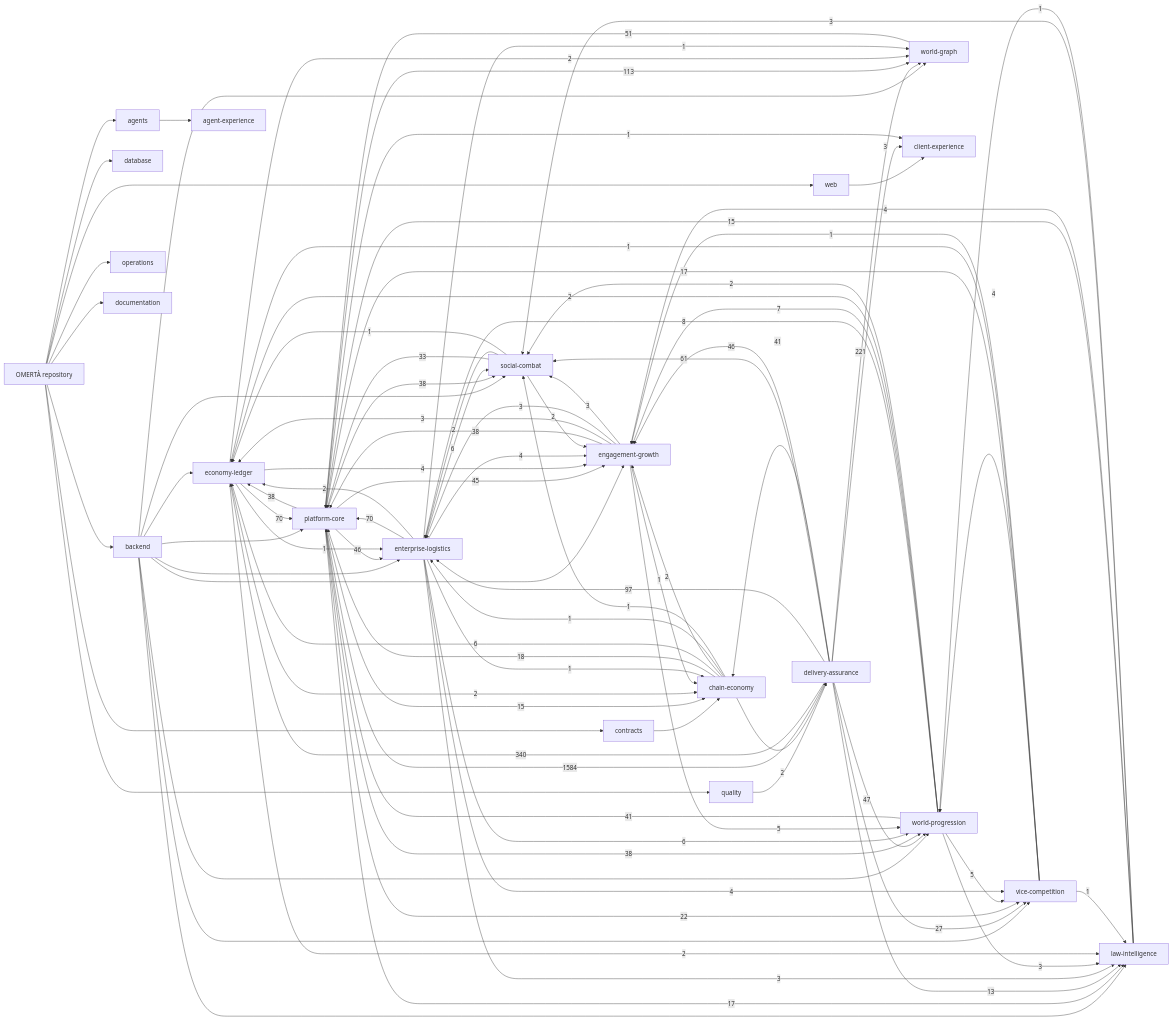
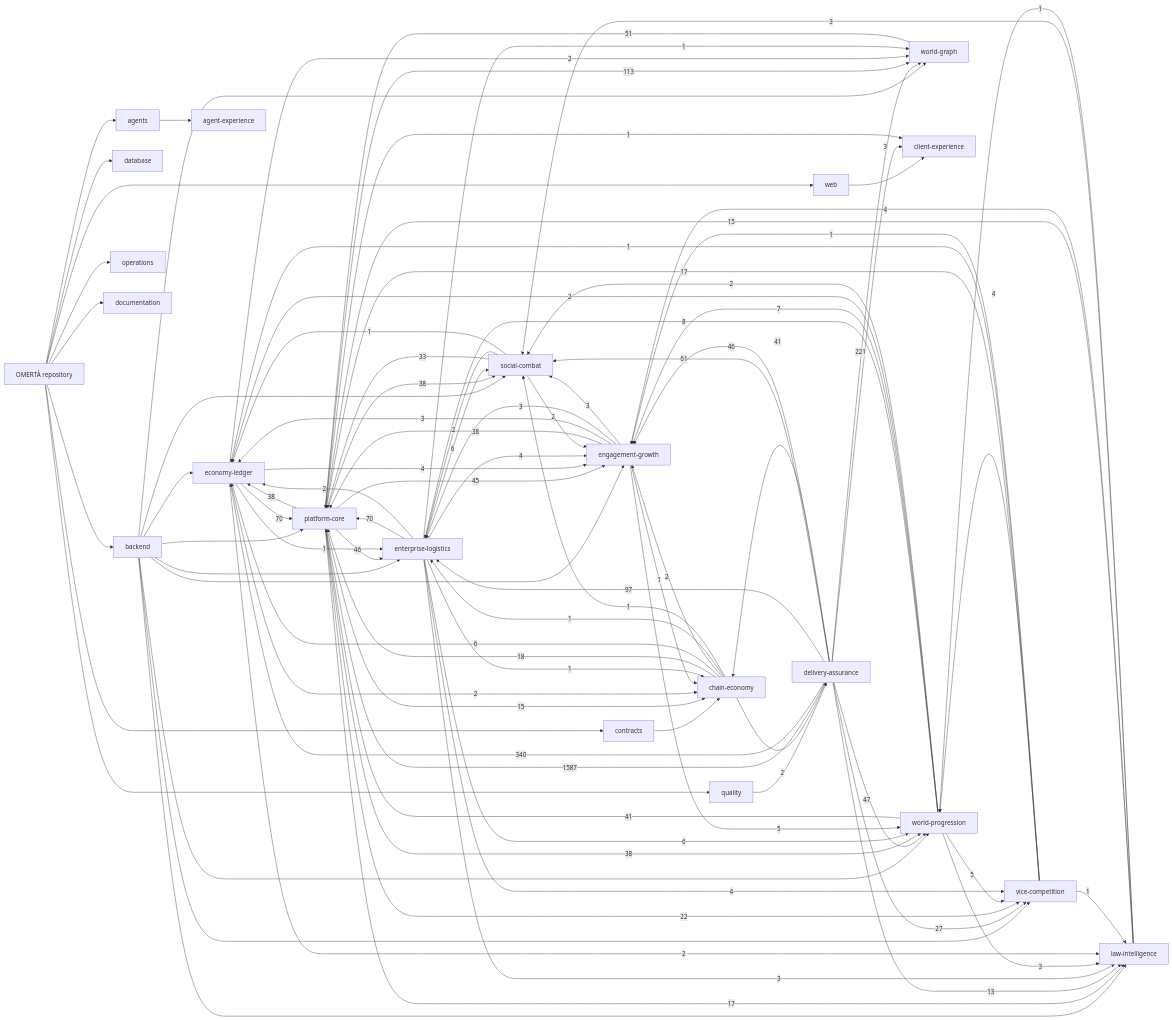
Before and after one commit to OmertaDev/Omerta: the diagram in knowledge/generated/graph.mmd, drawn with Mermaid. The commit also changed 8 other files, not shown here.

```diff
--- a/knowledge/generated/graph.mmd
+++ b/knowledge/generated/graph.mmd
@@ -1,113 +1,113 @@
 flowchart LR
   repo["OMERTÀ repository"]
   sub_backend["backend"]
   repo --> sub_backend
   sub_database["database"]
   repo --> sub_database
   sub_web["web"]
   repo --> sub_web
   sub_contracts["contracts"]
   repo --> sub_contracts
   sub_agents["agents"]
   repo --> sub_agents
   sub_quality["quality"]
   repo --> sub_quality
   sub_operations["operations"]
   repo --> sub_operations
   sub_documentation["documentation"]
   repo --> sub_documentation
   dom_platform-core["platform-core"]
   dom_economy-ledger["economy-ledger"]
   dom_social-combat["social-combat"]
   dom_world-progression["world-progression"]
   dom_world-graph["world-graph"]
   dom_enterprise-logistics["enterprise-logistics"]
   dom_vice-competition["vice-competition"]
   dom_law-intelligence["law-intelligence"]
   dom_chain-economy["chain-economy"]
   dom_engagement-growth["engagement-growth"]
   dom_client-experience["client-experience"]
   dom_agent-experience["agent-experience"]
   dom_delivery-assurance["delivery-assurance"]
   sub_agents --> dom_agent-experience
   sub_backend --> dom_economy-ledger
   sub_backend --> dom_engagement-growth
   sub_backend --> dom_enterprise-logistics
   sub_backend --> dom_law-intelligence
   sub_backend --> dom_platform-core
   sub_backend --> dom_social-combat
   sub_backend --> dom_vice-competition
   sub_backend --> dom_world-graph
   sub_backend --> dom_world-progression
   sub_contracts --> dom_chain-economy
   sub_quality --> dom_delivery-assurance
   sub_web --> dom_client-experience
-  dom_delivery-assurance -->|1584| dom_platform-core
+  dom_delivery-assurance -->|1587| dom_platform-core
   dom_delivery-assurance -->|340| dom_economy-ledger
   dom_delivery-assurance -->|221| dom_world-graph
   dom_platform-core -->|113| dom_world-graph
   dom_delivery-assurance -->|97| dom_enterprise-logistics
   dom_economy-ledger -->|70| dom_platform-core
   dom_enterprise-logistics -->|70| dom_platform-core
   dom_delivery-assurance -->|61| dom_social-combat
   dom_world-graph -->|51| dom_platform-core
   dom_delivery-assurance -->|47| dom_world-progression
   dom_delivery-assurance -->|46| dom_engagement-growth
   dom_platform-core -->|46| dom_enterprise-logistics
   dom_platform-core -->|45| dom_engagement-growth
   dom_delivery-assurance -->|41| dom_chain-economy
   dom_world-progression -->|41| dom_platform-core
   dom_engagement-growth -->|38| dom_platform-core
   dom_platform-core -->|38| dom_economy-ledger
   dom_platform-core -->|38| dom_social-combat
   dom_platform-core -->|38| dom_world-progression
   dom_social-combat -->|33| dom_platform-core
   dom_delivery-assurance -->|27| dom_vice-competition
   dom_platform-core -->|22| dom_vice-competition
   dom_chain-economy -->|18| dom_platform-core
   dom_platform-core -->|17| dom_law-intelligence
   dom_vice-competition -->|17| dom_platform-core
   dom_law-intelligence -->|15| dom_platform-core
   dom_platform-core -->|15| dom_chain-economy
   dom_delivery-assurance -->|13| dom_law-intelligence
   dom_world-progression -->|8| dom_enterprise-logistics
   dom_world-progression -->|7| dom_engagement-growth
   dom_chain-economy -->|6| dom_economy-ledger
   dom_enterprise-logistics -->|6| dom_social-combat
   dom_enterprise-logistics -->|6| dom_world-progression
   dom_engagement-growth -->|5| dom_world-progression
   dom_world-progression -->|5| dom_vice-competition
   dom_economy-ledger -->|4| dom_engagement-growth
   dom_enterprise-logistics -->|4| dom_engagement-growth
   dom_enterprise-logistics -->|4| dom_vice-competition
   dom_law-intelligence -->|4| dom_engagement-growth
   dom_vice-competition -->|4| dom_world-progression
   dom_delivery-assurance -->|3| dom_client-experience
   dom_engagement-growth -->|3| dom_economy-ledger
   dom_engagement-growth -->|3| dom_enterprise-logistics
   dom_engagement-growth -->|3| dom_social-combat
   dom_enterprise-logistics -->|3| dom_law-intelligence
   dom_law-intelligence -->|3| dom_social-combat
   dom_world-progression -->|3| dom_law-intelligence
   dom_chain-economy -->|2| dom_delivery-assurance
   dom_chain-economy -->|2| dom_engagement-growth
   dom_economy-ledger -->|2| dom_chain-economy
   dom_economy-ledger -->|2| dom_law-intelligence
   dom_economy-ledger -->|2| dom_world-graph
   dom_enterprise-logistics -->|2| dom_economy-ledger
   dom_social-combat -->|2| dom_engagement-growth
   dom_social-combat -->|2| dom_enterprise-logistics
   dom_world-progression -->|2| dom_economy-ledger
   dom_world-progression -->|2| dom_social-combat
   dom_chain-economy -->|1| dom_enterprise-logistics
   dom_chain-economy -->|1| dom_social-combat
   dom_economy-ledger -->|1| dom_enterprise-logistics
   dom_engagement-growth -->|1| dom_chain-economy
   dom_enterprise-logistics -->|1| dom_chain-economy
   dom_enterprise-logistics -->|1| dom_world-graph
   dom_law-intelligence -->|1| dom_world-progression
   dom_platform-core -->|1| dom_client-experience
   dom_social-combat -->|1| dom_economy-ledger
   dom_vice-competition -->|1| dom_economy-ledger
   dom_vice-competition -->|1| dom_engagement-growth
   dom_vice-competition -->|1| dom_law-intelligence
```
